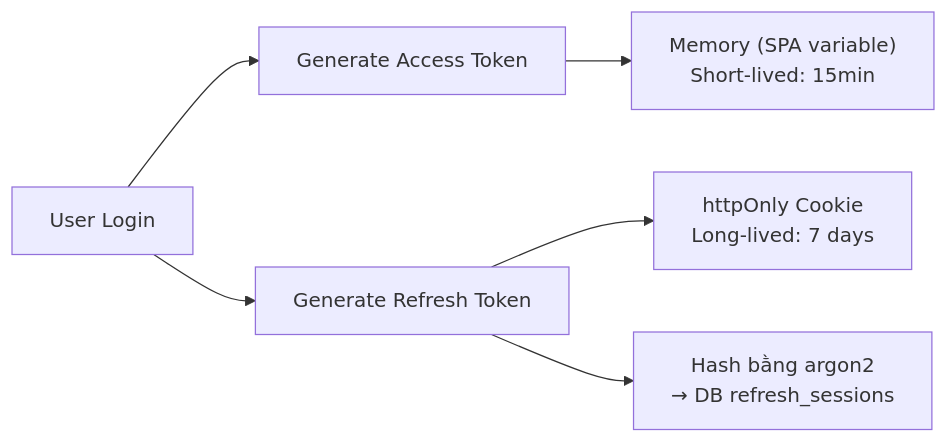
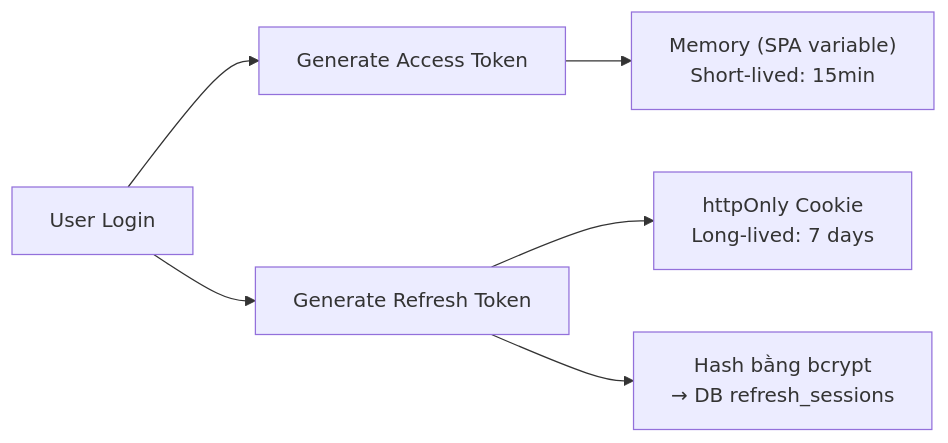
Before and after one commit to vanhuy2005/to-do-list: the sixth of 7 diagrams in docs/05-kien-truc-he-thong.md, drawn with Mermaid. The commit also changed other lines of this file and 7 other files, not shown here.

````diff
--- a/docs/05-kien-truc-he-thong.md
+++ b/docs/05-kien-truc-he-thong.md
@@ -237,8 +237,8 @@
 ```mermaid
 graph LR
     A[User Login] --> B[Generate Access Token]
     A --> C[Generate Refresh Token]
     B --> D["Memory (SPA variable)<br/>Short-lived: 15min"]
     C --> E["httpOnly Cookie<br/>Long-lived: 7 days"]
-    C --> F["Hash bằng argon2<br/>→ DB refresh_sessions"]
+    C --> F["Hash bằng bcrypt<br/>→ DB refresh_sessions"]
 ```
````
